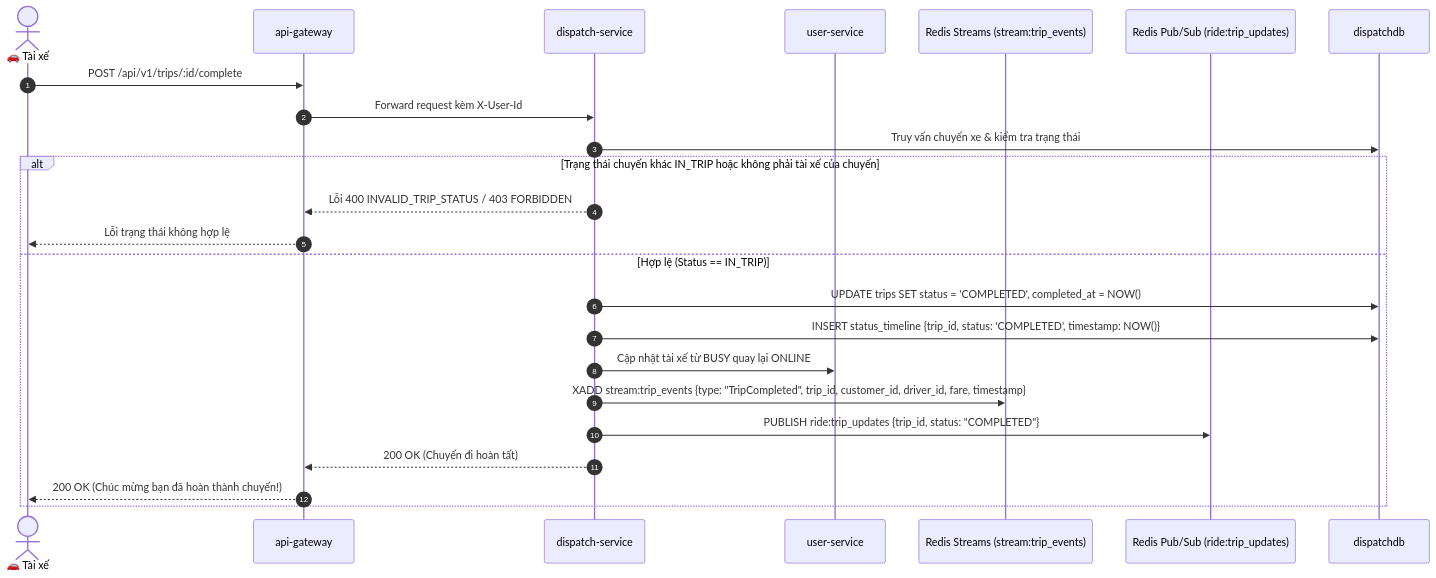
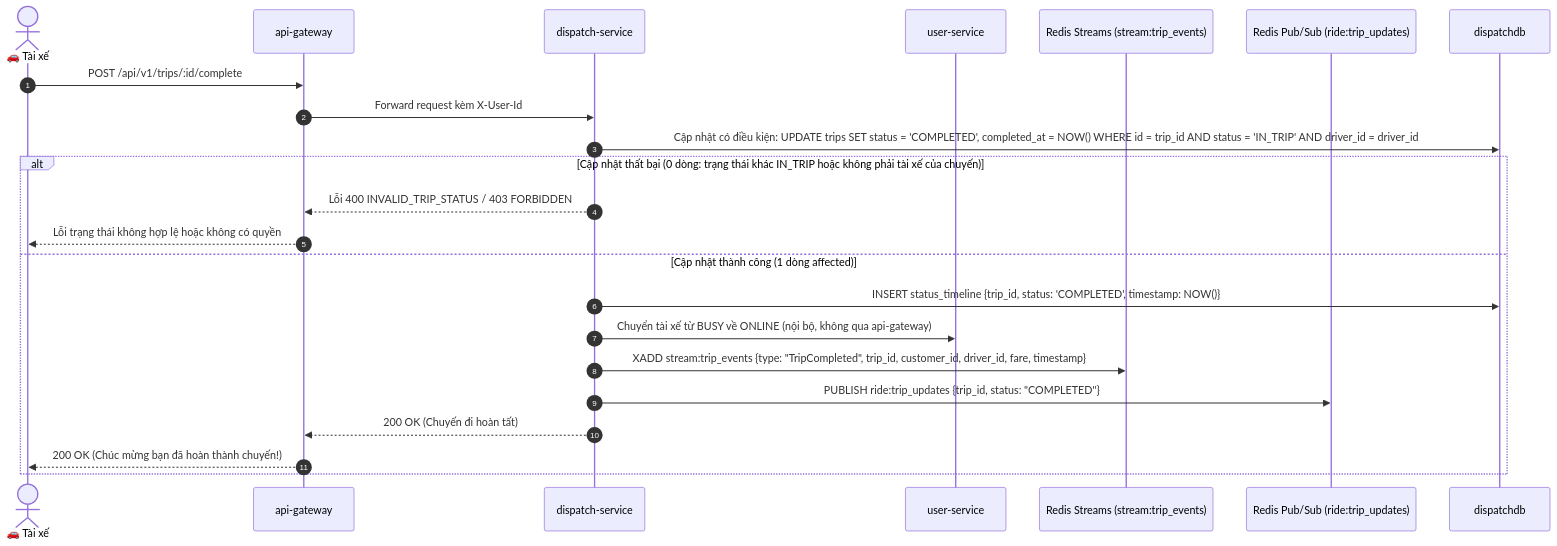
One commit to HaiTrieu186/JB-IOC-PTHB251125_BE105_Devops_Ride_Hailling changed the diagram in docs/02-use-cases/uc-04-chuyen-di-va-huy.md. Above: the diagram before and after it, drawn with Mermaid. The commit also changed other lines of this file and 5 other files, not shown here.

````diff
--- a/docs/02-use-cases/uc-04-chuyen-di-va-huy.md
+++ b/docs/02-use-cases/uc-04-chuyen-di-va-huy.md
@@ -11,31 +12,30 @@
 ```mermaid
 sequenceDiagram
     autonumber
     actor Driver as 🚗 Tài xế
     participant Gateway as api-gateway
     participant DispatchSvc as dispatch-service
     participant UserSvc as user-service
     participant RedisStreams as Redis Streams (stream:trip_events)
     participant RedisPubSub as Redis Pub/Sub (ride:trip_updates)
     participant DB as dispatchdb
 
     Driver->>Gateway: POST /api/v1/trips/:id/complete
     Gateway->>DispatchSvc: Forward request kèm X-User-Id
     
-    DispatchSvc->>DB: Truy vấn chuyến xe & kiểm tra trạng thái
-    alt Trạng thái chuyến khác IN_TRIP hoặc không phải tài xế của chuyến
+    DispatchSvc->>DB: Cập nhật có điều kiện: UPDATE trips SET status = 'COMPLETED', completed_at = NOW() WHERE id = trip_id AND status = 'IN_TRIP' AND driver_id = driver_id
+    alt Cập nhật thất bại (0 dòng: trạng thái khác IN_TRIP hoặc không phải tài xế của chuyến)
         DispatchSvc-->>Gateway: Lỗi 400 INVALID_TRIP_STATUS / 403 FORBIDDEN
-        Gateway-->>Driver: Lỗi trạng thái không hợp lệ
-    else Hợp lệ (Status == IN_TRIP)
-        DispatchSvc->>DB: UPDATE trips SET status = 'COMPLETED', completed_at = NOW()
+        Gateway-->>Driver: Lỗi trạng thái không hợp lệ hoặc không có quyền
+    else Cập nhật thành công (1 dòng affected)
         DispatchSvc->>DB: INSERT status_timeline {trip_id, status: 'COMPLETED', timestamp: NOW()}
         
-        DispatchSvc->>UserSvc: Cập nhật tài xế từ BUSY quay lại ONLINE
+        DispatchSvc->>UserSvc: Chuyển tài xế từ BUSY về ONLINE (nội bộ, không qua api-gateway)
         
         DispatchSvc->>RedisStreams: XADD stream:trip_events {type: "TripCompleted", trip_id, customer_id, driver_id, fare, timestamp}
         DispatchSvc->>RedisPubSub: PUBLISH ride:trip_updates {trip_id, status: "COMPLETED"}
         
         DispatchSvc-->>Gateway: 200 OK (Chuyến đi hoàn tất)
         Gateway-->>Driver: 200 OK (Chúc mừng bạn đã hoàn thành chuyến!)
     end
 ```
````
